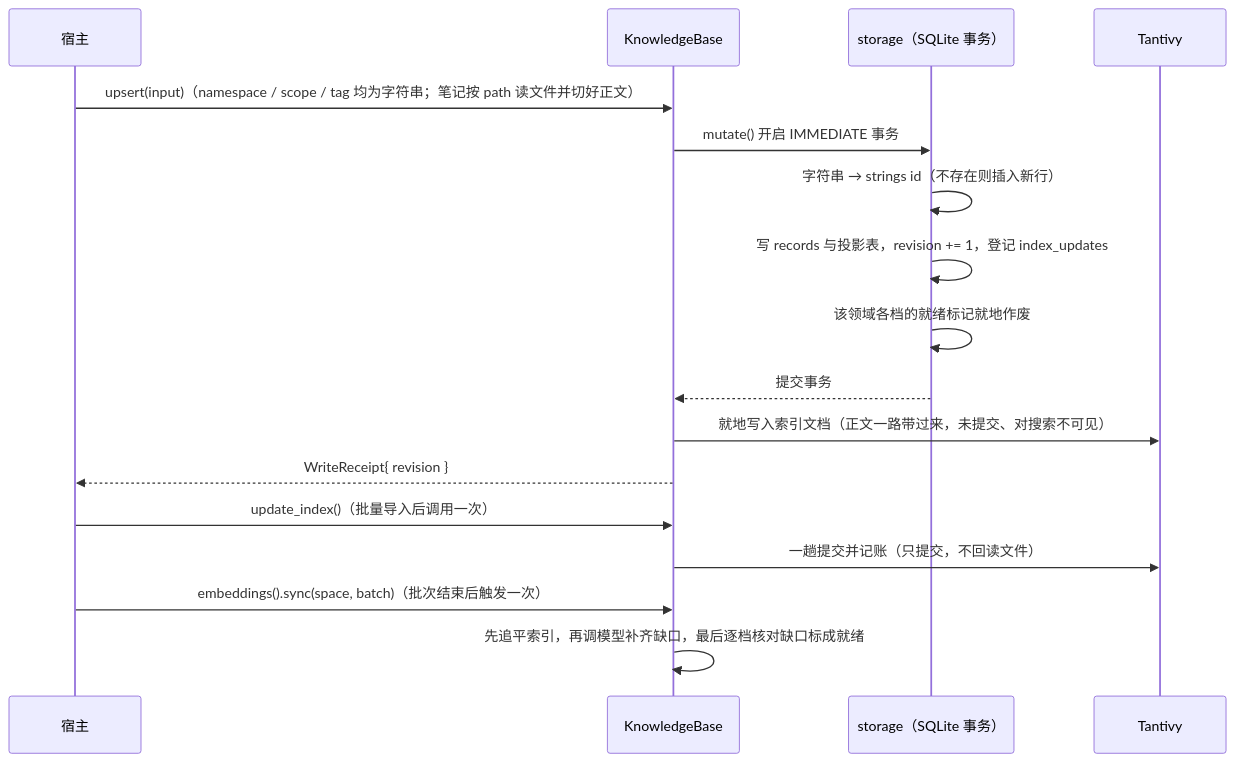
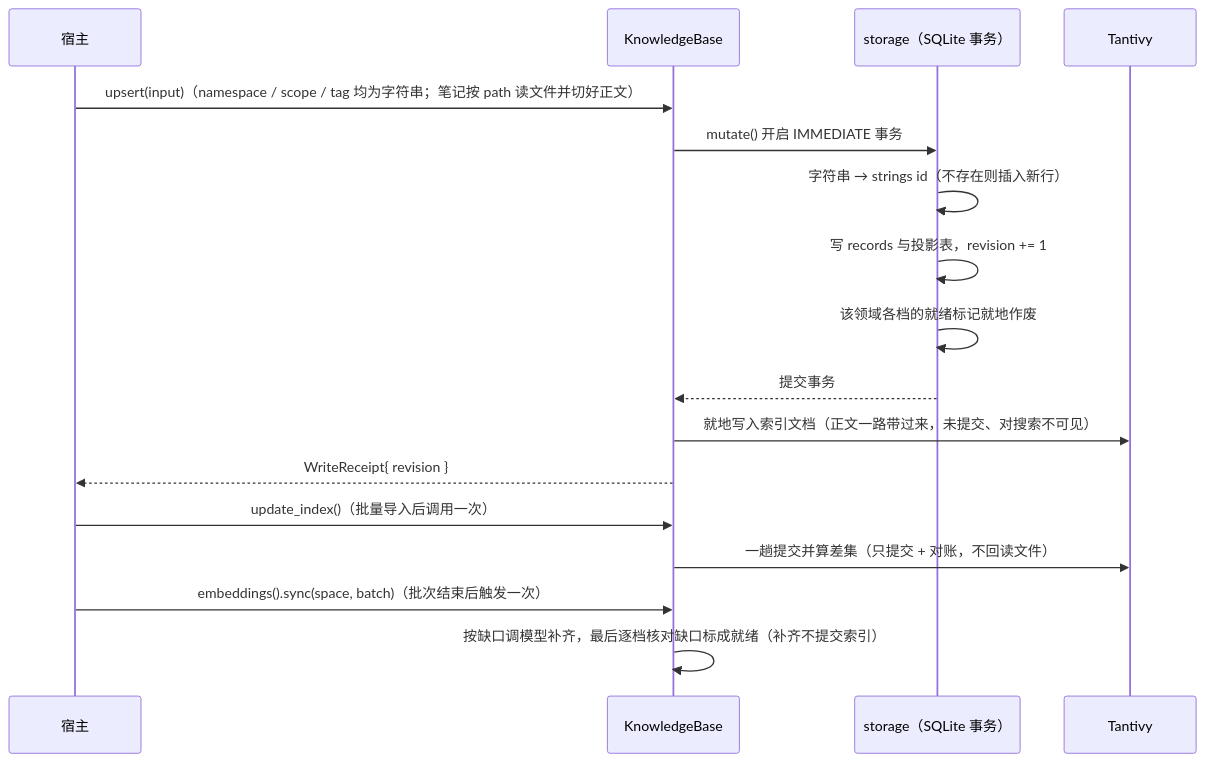
The fourth of 4 diagrams in docs/architecture.md (kawayiYokami/p-memory), drawn with Mermaid before and after one commit. The commit also changed other lines of this file and 22 other files, not shown here.

````diff
--- a/docs/architecture.md
+++ b/docs/architecture.md
@@ -193,20 +193,20 @@
 ```mermaid
 sequenceDiagram
     participant H as 宿主
     participant K as KnowledgeBase
     participant S as storage（SQLite 事务）
     participant I as Tantivy
 
     H->>K: upsert(input)（namespace / scope / tag 均为字符串；笔记按 path 读文件并切好正文）
     K->>S: mutate() 开启 IMMEDIATE 事务
     S->>S: 字符串 → strings id（不存在则插入新行）
-    S->>S: 写 records 与投影表，revision += 1，登记 index_updates
+    S->>S: 写 records 与投影表，revision += 1
     S->>S: 该领域各档的就绪标记就地作废
     S-->>K: 提交事务
     K->>I: 就地写入索引文档（正文一路带过来，未提交、对搜索不可见）
     K-->>H: WriteReceipt{ revision }
     H->>K: update_index()（批量导入后调用一次）
-    K->>I: 一趟提交并记账（只提交，不回读文件）
+    K->>I: 一趟提交并算差集（只提交 + 对账，不回读文件）
     H->>K: embeddings().sync(space, batch)（批次结束后触发一次）
-    K->>K: 先追平索引，再调模型补齐缺口，最后逐档核对缺口标成就绪
+    K->>K: 按缺口调模型补齐，最后逐档核对缺口标成就绪（补齐不提交索引）
 ```
````
